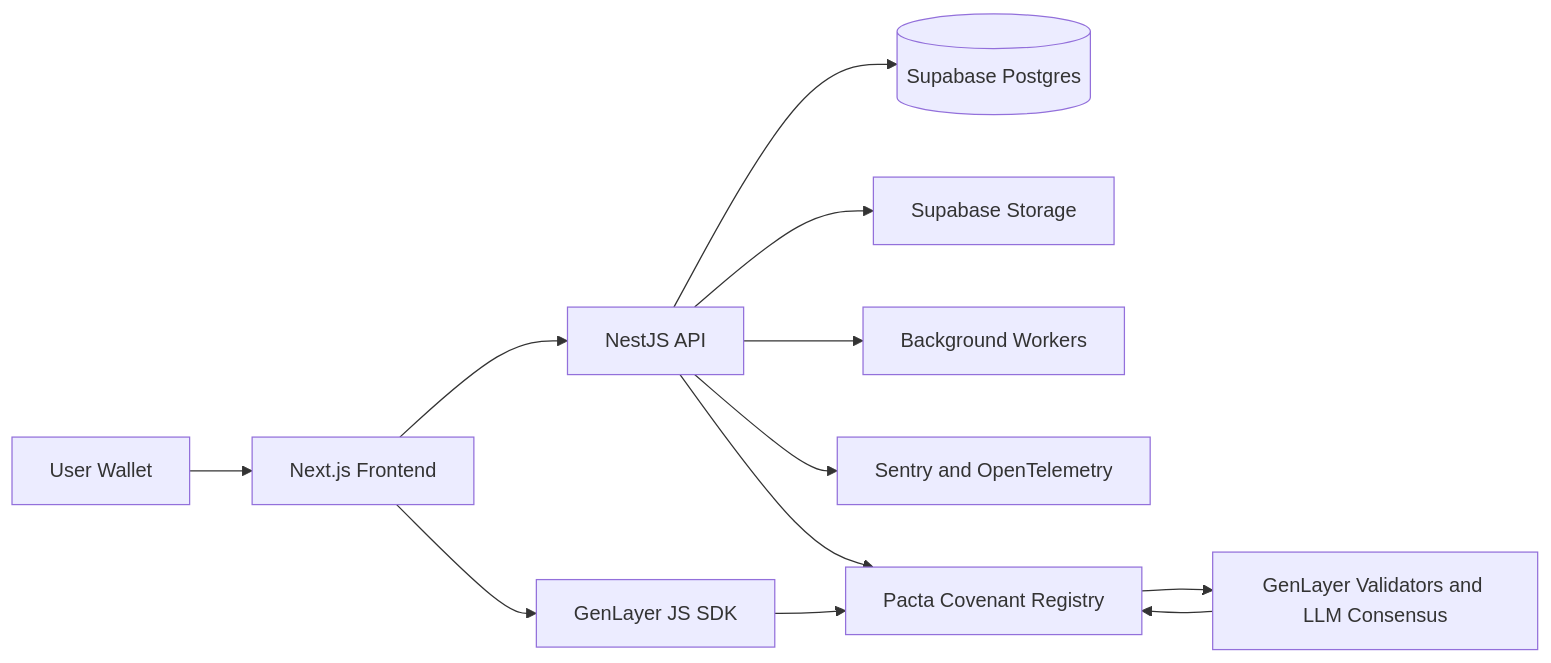
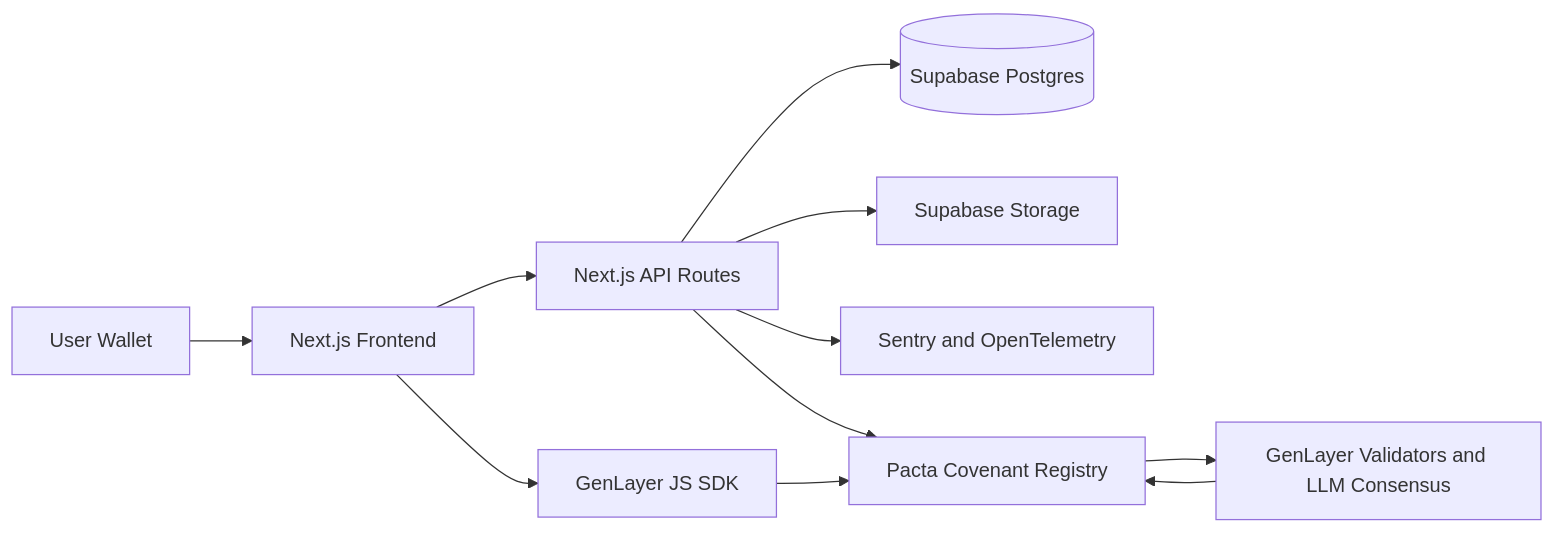
The diagram in docs/ARCHITECTURE.md (Hilda26/Pacta), drawn with Mermaid before and after one commit. The commit also changed other lines of this file and 42 other files, not shown here.

Commit message:
Run Pacta API on Vercel with Supabase

````diff
--- a/docs/ARCHITECTURE.md
+++ b/docs/ARCHITECTURE.md
@@ -7,14 +7,13 @@
 ```mermaid
 flowchart LR
   User[User Wallet] --> Frontend[Next.js Frontend]
-  Frontend --> Backend[NestJS API]
+  Frontend --> Api[Next.js API Routes]
   Frontend --> GenLayerJS[GenLayer JS SDK]
-  Backend --> Postgres[(Supabase Postgres)]
-  Backend --> Storage[Supabase Storage]
-  Backend --> Workers[Background Workers]
-  Backend --> Observability[Sentry and OpenTelemetry]
+  Api --> Postgres[(Supabase Postgres)]
+  Api --> Storage[Supabase Storage]
+  Api --> Observability[Sentry and OpenTelemetry]
   GenLayerJS --> Contract[Pacta Covenant Registry]
-  Backend --> Contract
+  Api --> Contract
   Contract --> Validators[GenLayer Validators and LLM Consensus]
   Validators --> Contract
 ```
````
